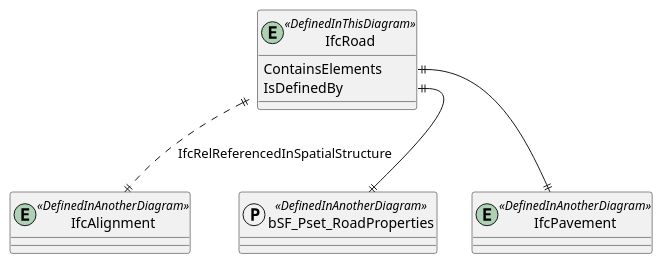
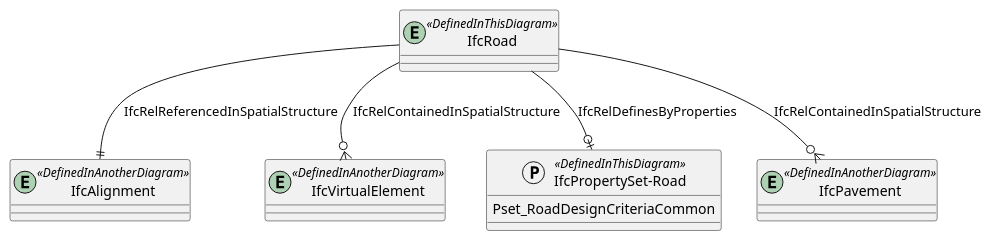
One commit to buildingSMART-Finland/RYTV-IFCRoute changed the diagram in diagrams/bsf-IfcRoad.pu. Above: the diagram before and after it, drawn with PlantUML. The commit also changed 25 other files, not shown here.

```diff
--- a/diagrams/bsf-IfcRoad.pu
+++ b/diagrams/bsf-IfcRoad.pu
@@ -1,25 +1,23 @@
 @startuml 
 
 entity IfcRoad <<DefinedInThisDiagram>>
-{
-    ContainsElements
-    IsDefinedBy
-}
-
 
 entity IfcAlignment <<DefinedInAnotherDiagram>>
 
-protocol bSF_Pset_RoadProperties <<DefinedInAnotherDiagram>>
+entity IfcVirtualElement <<DefinedInAnotherDiagram>>
+
+protocol "IfcPropertySet-Road" <<DefinedInThisDiagram>>
+{
+  Pset_RoadDesignCriteriaCommon
+}
 
 entity IfcPavement <<DefinedInAnotherDiagram>>
 
-IfcRoad::ContainsElements||--||IfcPavement
+IfcRoad --o{ IfcPavement : IfcRelContainedInSpatialStructure
+IfcRoad --o{ IfcVirtualElement : IfcRelContainedInSpatialStructure
 
+IfcRoad --o| "IfcPropertySet-Road" : IfcRelDefinesByProperties
 
-
-
-IfcRoad::IsDefinedBy||--||bSF_Pset_RoadProperties
-
-IfcRoad||..||IfcAlignment : IfcRelReferencedInSpatialStructure
+IfcRoad--||IfcAlignment : IfcRelReferencedInSpatialStructure
 
 @enduml
```
